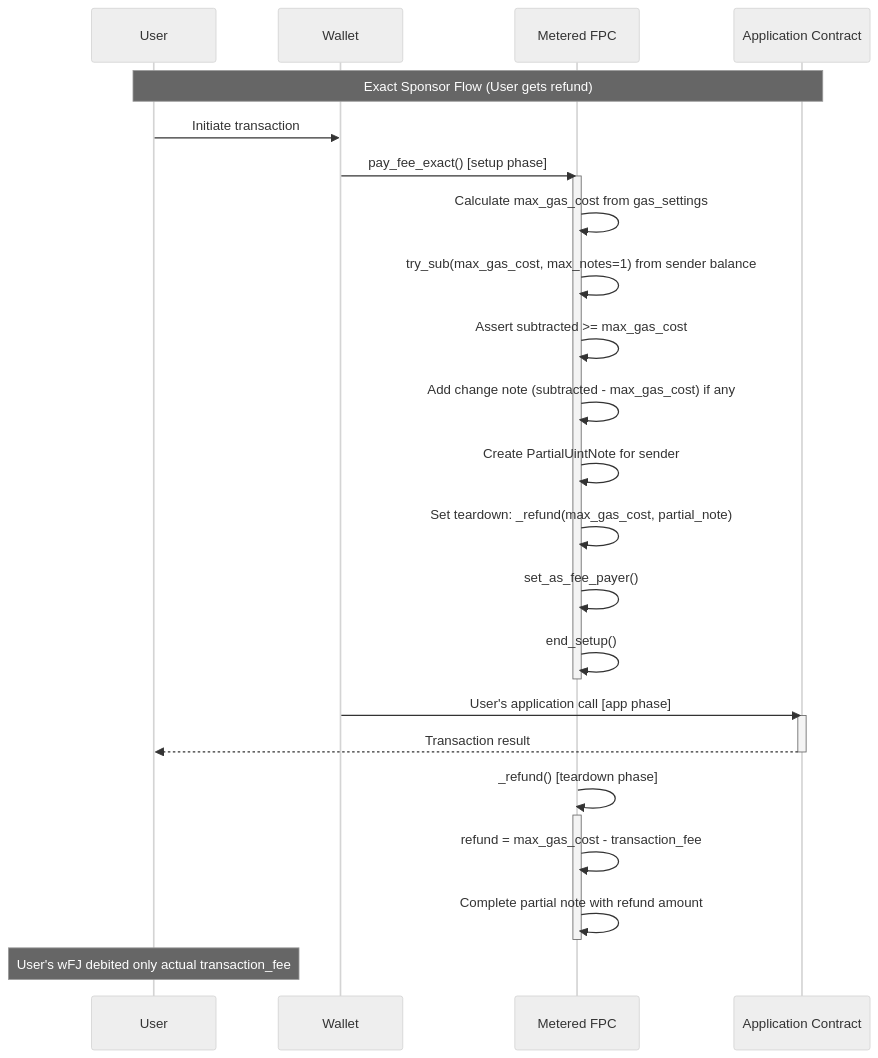
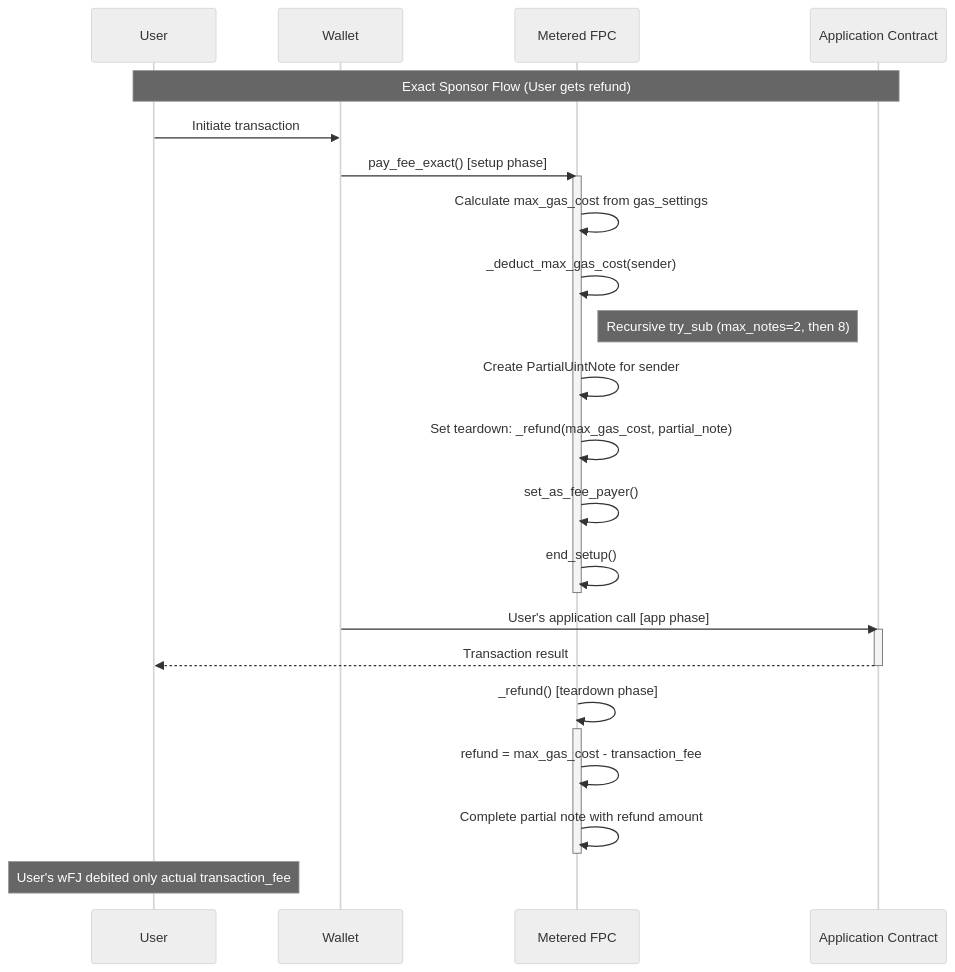
Before and after one commit to defi-wonderland/aztec-fee-payment: the second of 3 diagrams in docs/product-requirements.md, drawn with Mermaid (neutral theme). The commit also changed other lines of this file, not shown here.

Commit message:
docs: update reference to wFJ note consumption

````diff
--- a/docs/product-requirements.md
+++ b/docs/product-requirements.md
@@ -178,35 +177,34 @@
 ```mermaid
 sequenceDiagram
     participant User
     participant Wallet
     participant FPC as Metered FPC
     participant App as Application Contract
 
     Note over User,App: Exact Sponsor Flow (User gets refund)
 
     User->>Wallet: Initiate transaction
     Wallet->>FPC: pay_fee_exact() [setup phase]
     activate FPC
     FPC->>FPC: Calculate max_gas_cost from gas_settings
-    FPC->>FPC: try_sub(max_gas_cost, max_notes=1) from sender balance
-    FPC->>FPC: Assert subtracted >= max_gas_cost
-    FPC->>FPC: Add change note (subtracted - max_gas_cost) if any
+    FPC->>FPC: _deduct_max_gas_cost(sender)
+    Note right of FPC: Recursive try_sub (max_notes=2, then 8)
     FPC->>FPC: Create PartialUintNote for sender
     FPC->>FPC: Set teardown: _refund(max_gas_cost, partial_note)
     FPC->>FPC: set_as_fee_payer()
     FPC->>FPC: end_setup()
     deactivate FPC
 
     Wallet->>App: User's application call [app phase]
     activate App
     App-->>User: Transaction result
     deactivate App
 
     FPC->>FPC: _refund() [teardown phase]
     activate FPC
     FPC->>FPC: refund = max_gas_cost - transaction_fee
     FPC->>FPC: Complete partial note with refund amount
     deactivate FPC
 
     Note over User: User's wFJ debited only actual transaction_fee
 ```
````
